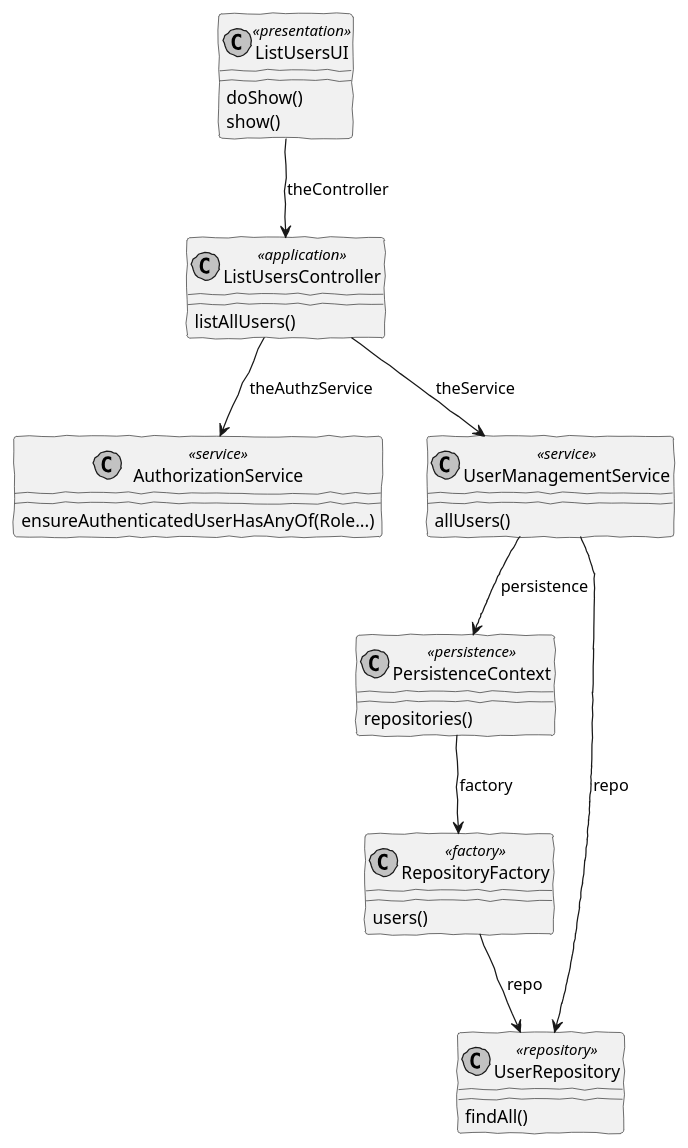
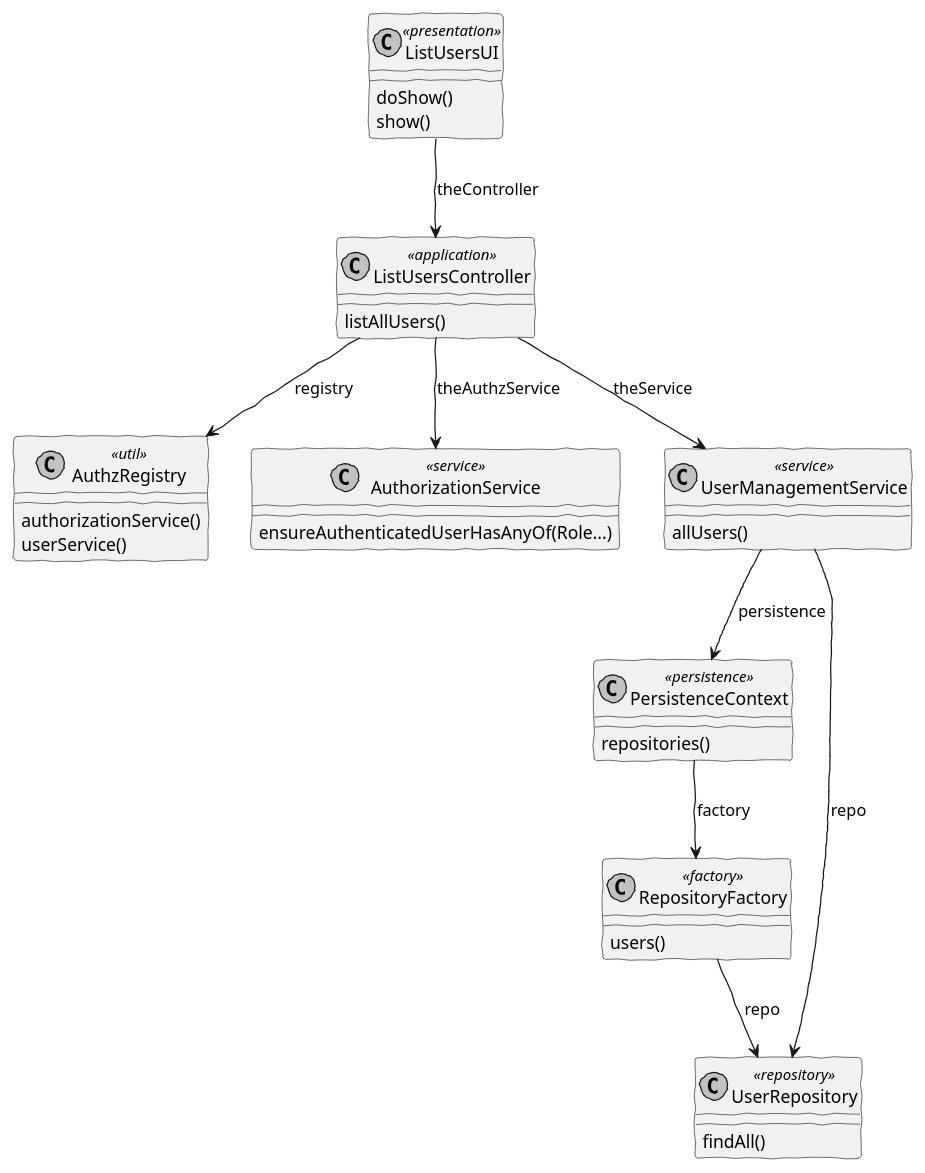
The diagram in docs/SPRINT B/US_1001/CD/ListUsers-CD.puml (brunacosta03/sem4pi_22_23), drawn with PlantUML before and after one commit. The commit also changed 13 other files, not shown here.

Commit message:
docs: add AuthzRegistry to uml

```diff
--- a/docs/SPRINT B/US_1001/CD/ListUsers-CD.puml
+++ b/docs/SPRINT B/US_1001/CD/ListUsers-CD.puml
@@ -1,34 +1,38 @@
 @startuml
 'http://plantuml.com/skinparam.html
 skinparam handwritten true
 skinparam monochrome true
 skinparam packageStyle rect
 skinparam defaultFontName FG Virgil
 skinparam shadowing false
 
 class ListUsersUI <<presentation>>
 class ListUsersController <<application>>
+class AuthzRegistry <<util>>
 class AuthorizationService <<service>>
 class UserManagementService <<service>>
 class PersistenceContext  <<persistence>>
 class RepositoryFactory  <<factory>>
 class UserRepository <<repository>>
 
 ListUsersUI --> ListUsersController : theController
 ListUsersController --> AuthorizationService: theAuthzService
 ListUsersController --> UserManagementService: theService
 UserManagementService --> PersistenceContext: persistence
 PersistenceContext --> RepositoryFactory: factory
 RepositoryFactory --> UserRepository: repo
 UserManagementService --> UserRepository: repo
+ListUsersController --> AuthzRegistry: registry
 
 ListUsersUI : doShow()
 ListUsersUI : show()
 ListUsersController : listAllUsers()
+AuthzRegistry : authorizationService()
+AuthzRegistry : userService()
 AuthorizationService : ensureAuthenticatedUserHasAnyOf(Role...)
 UserManagementService : allUsers()
 PersistenceContext : repositories()
 RepositoryFactory : users()
 UserRepository : findAll()
 
 @enduml
```
